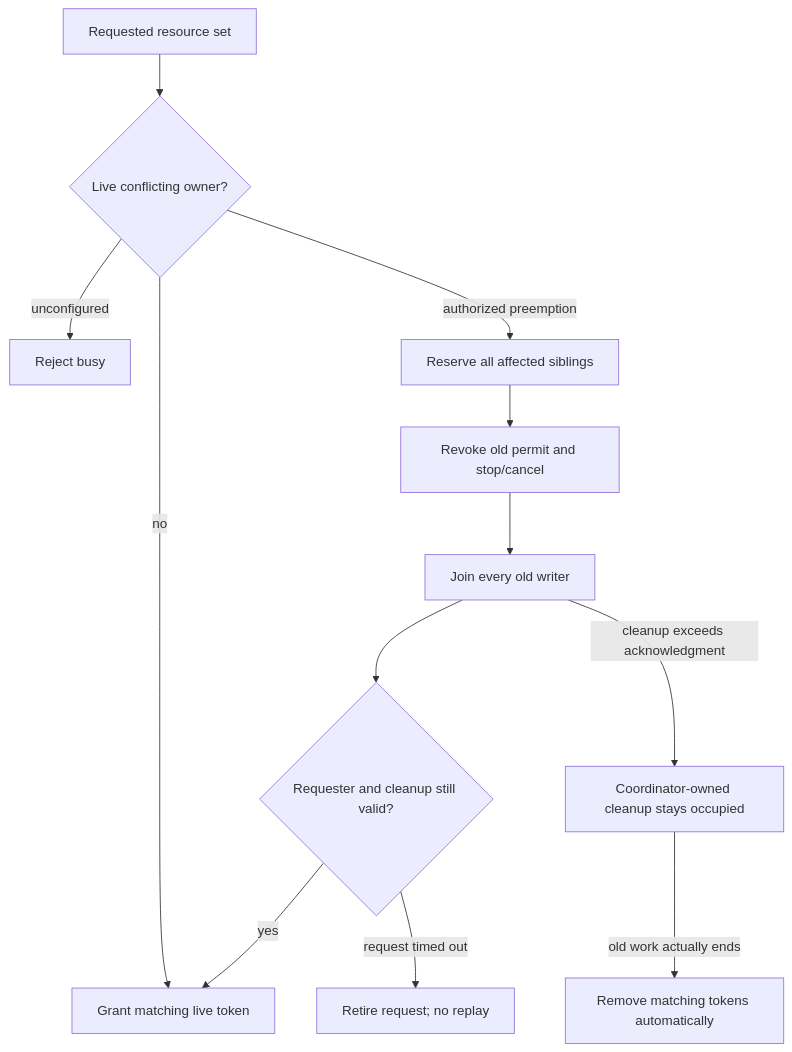
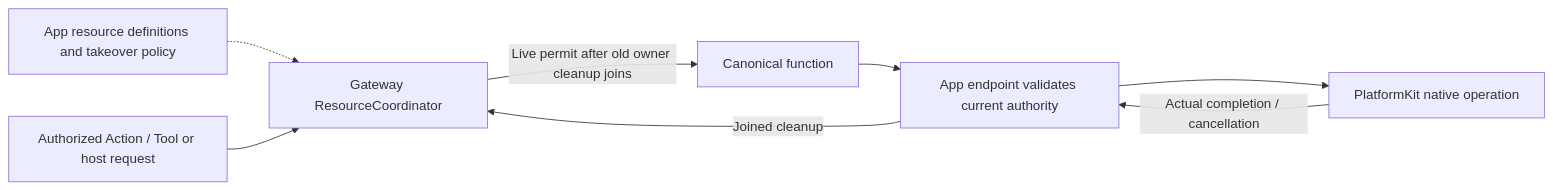
One commit to devilyouwei/MobileHarness changed diagram 13 of 32 in MobileHarness/README.md. Above: the diagram before and after it, drawn with Mermaid. The commit also changed other lines of this file and 160 other files, not shown here.

````diff
--- a/MobileHarness/README.md
+++ b/MobileHarness/README.md
@@ -1053,14 +742,10 @@
 ```mermaid
-flowchart TD
- Request[Requested resource set] --> Conflict{Live conflicting owner?}
- Conflict -->|no| Grant[Grant matching live token]
- Conflict -->|unconfigured| Busy[Reject busy]
- Conflict -->|authorized preemption| Reserve[Reserve all affected siblings]
- Reserve --> Revoke[Revoke old permit and stop/cancel]
- Revoke --> Join[Join every old writer]
- Join --> Done{Requester and cleanup still valid?}
- Done -->|yes| Grant
- Done -->|request timed out| Retire[Retire request; no replay]
- Join -->|cleanup exceeds acknowledgment| Retained[Coordinator-owned cleanup stays occupied]
- Retained -->|old work actually ends| Unlock[Remove matching tokens automatically]
+flowchart LR
+    App[App resource definitions and takeover policy] -.-> Gateway[Gateway ResourceCoordinator]
+    Calls[Authorized Action / Tool or host request] --> Gateway
+    Gateway -->|Live permit after old owner cleanup joins| Function[Canonical function]
+    Function --> Endpoint[App endpoint validates current authority]
+    Endpoint --> Native[PlatformKit native operation]
+    Native -->|Actual completion / cancellation| Endpoint
+    Endpoint -->|Joined cleanup| Gateway
 ```
````
